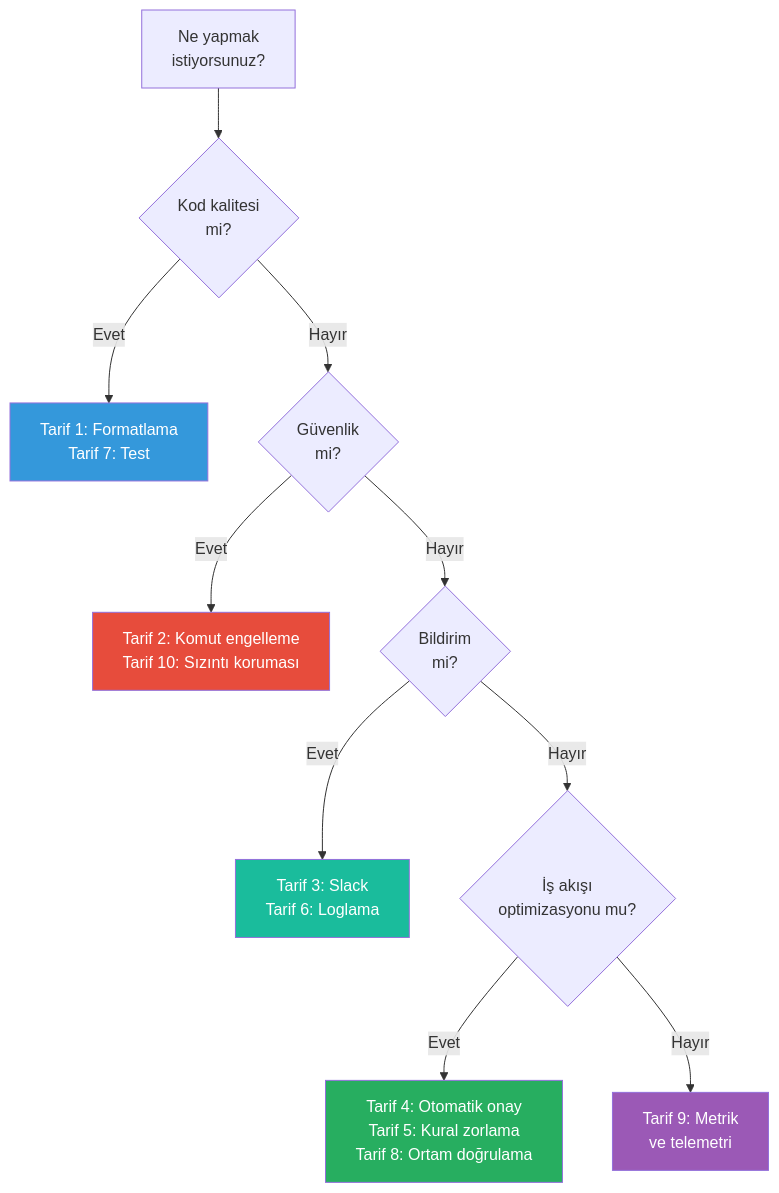
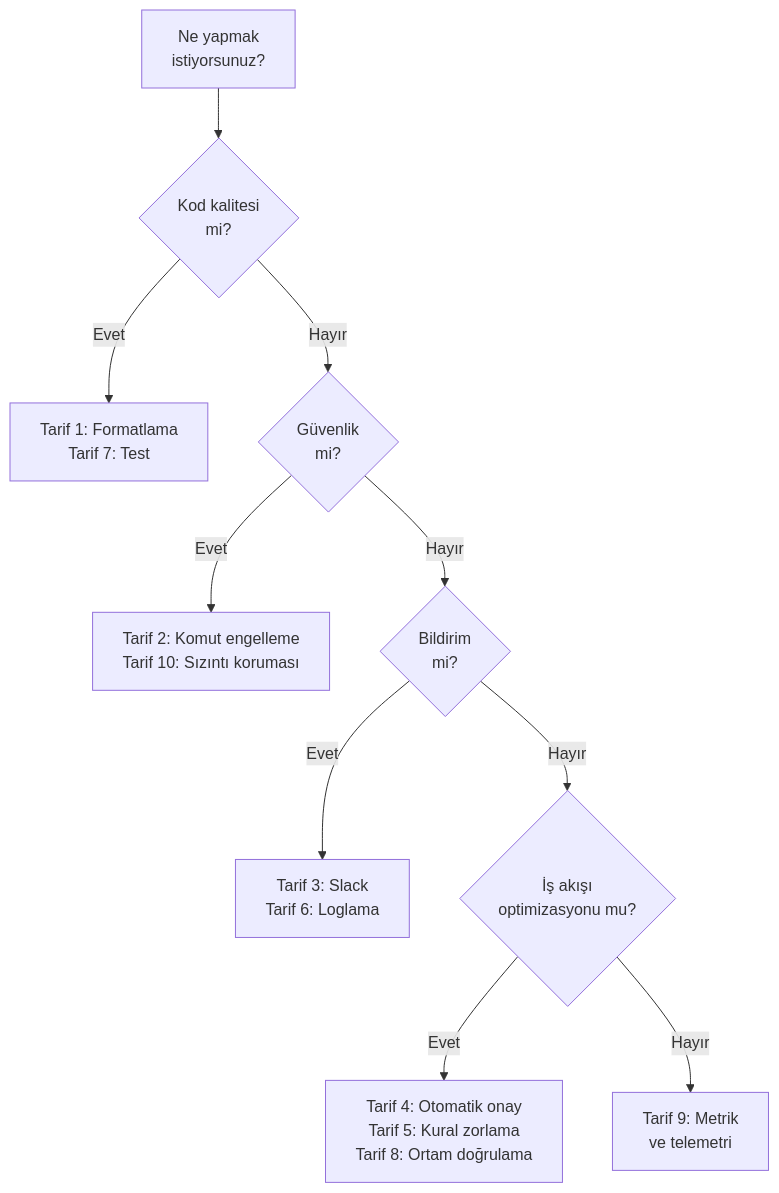
Before and after one commit to IzzetYasinAtes/ClaudeCodeHandbook: the ninth of 9 diagrams in 14-hooks-ve-otomasyon/05-hook-ornekleri-ve-tarifler.md, drawn with Mermaid. The commit also changed other lines of this file and 97 other files, not shown here.

Commit message:
Remove all custom Mermaid style/fill colors from 98 markdown files for consistent dark theme rendering

````diff
--- a/14-hooks-ve-otomasyon/05-hook-ornekleri-ve-tarifler.md
+++ b/14-hooks-ve-otomasyon/05-hook-ornekleri-ve-tarifler.md
@@ -807,18 +784,13 @@
 ```mermaid
 flowchart TD
     START["Ne yapmak<br/>istiyorsunuz?"] --> Q1{"Kod kalitesi<br/>mi?"}
     Q1 -->|Evet| R1["Tarif 1: Formatlama<br/>Tarif 7: Test"]
     Q1 -->|Hayır| Q2{"Güvenlik<br/>mi?"}
     Q2 -->|Evet| R2["Tarif 2: Komut engelleme<br/>Tarif 10: Sızıntı koruması"]
     Q2 -->|Hayır| Q3{"Bildirim<br/>mi?"}
     Q3 -->|Evet| R3["Tarif 3: Slack<br/>Tarif 6: Loglama"]
     Q3 -->|Hayır| Q4{"İş akışı<br/>optimizasyonu mu?"}
     Q4 -->|Evet| R4["Tarif 4: Otomatik onay<br/>Tarif 5: Kural zorlama<br/>Tarif 8: Ortam doğrulama"]
     Q4 -->|Hayır| R5["Tarif 9: Metrik<br/>ve telemetri"]
 
-    style R1 fill:#3498DB,color:#fff
-    style R2 fill:#E74C3C,color:#fff
-    style R3 fill:#1ABC9C,color:#fff
-    style R4 fill:#27AE60,color:#fff
-    style R5 fill:#9B59B6,color:#fff
 ```
````
